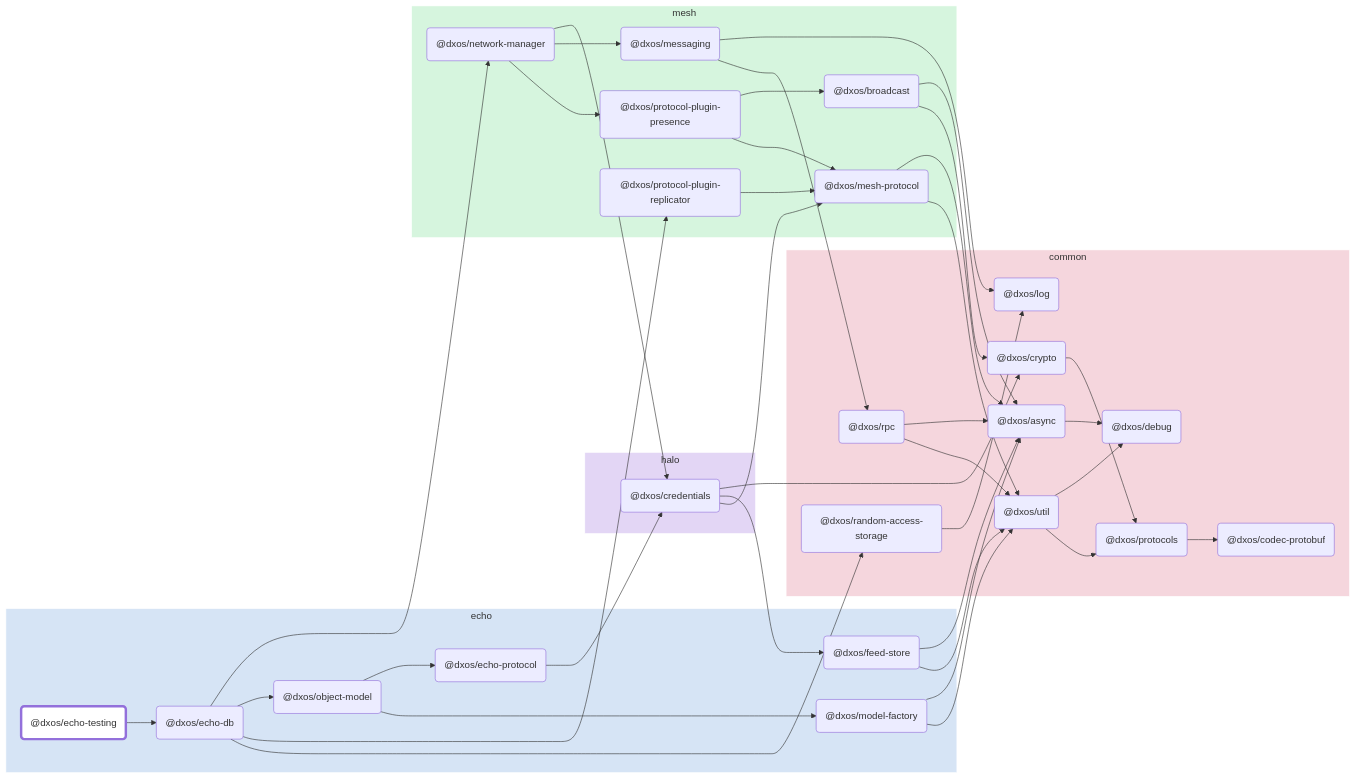
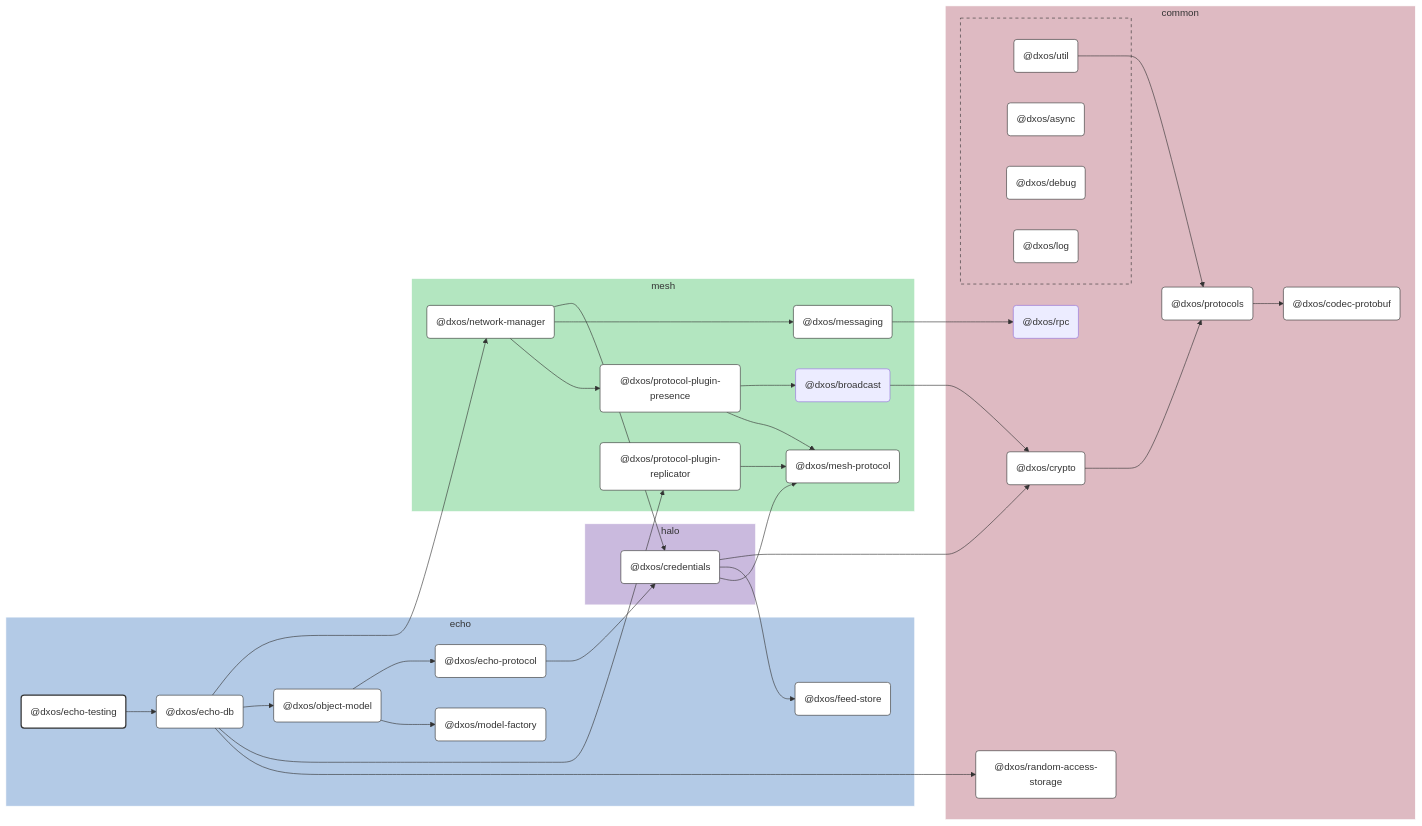
Before and after one commit to dxos/dxos: the diagram in packages/echo/echo-testing/docs/README.md, drawn with Mermaid. The commit also changed 100 other files, not shown here.

````diff
--- a/packages/echo/echo-testing/docs/README.md
+++ b/packages/echo/echo-testing/docs/README.md
@@ -7,99 +7,126 @@
 ```mermaid
-flowchart LR;
+%%{ init: {'flowchart':{'curve':'basis'}} }%%
 
-style dxos/echo-testing fill:#fff,stroke-width:4px;
+flowchart LR
 
-click dxos/echo-db "https:/github.com/dxos/dxos/tree/main/packages/echo/echo-db/docs";
-click dxos/log "https:/github.com/dxos/dxos/tree/main/packages/common/log/docs";
-click dxos/async "https:/github.com/dxos/dxos/tree/main/packages/common/async/docs";
-click dxos/codec-protobuf "https:/github.com/dxos/dxos/tree/main/packages/common/codec-protobuf/docs";
-click dxos/credentials "https:/github.com/dxos/dxos/tree/main/packages/halo/credentials/docs";
-click dxos/crypto "https:/github.com/dxos/dxos/tree/main/packages/common/crypto/docs";
-click dxos/debug "https:/github.com/dxos/dxos/tree/main/packages/common/debug/docs";
-click dxos/echo-protocol "https:/github.com/dxos/dxos/tree/main/packages/echo/echo-protocol/docs";
-click dxos/feed-store "https:/github.com/dxos/dxos/tree/main/packages/echo/feed-store/docs";
-click dxos/mesh-protocol "https:/github.com/dxos/dxos/tree/main/packages/mesh/mesh-protocol/docs";
-click dxos/messaging "https:/github.com/dxos/dxos/tree/main/packages/mesh/messaging/docs";
-click dxos/model-factory "https:/github.com/dxos/dxos/tree/main/packages/echo/model-factory/docs";
-click dxos/network-manager "https:/github.com/dxos/dxos/tree/main/packages/mesh/network-manager/docs";
-click dxos/object-model "https:/github.com/dxos/dxos/tree/main/packages/echo/object-model/docs";
-click dxos/protocol-plugin-presence "https:/github.com/dxos/dxos/tree/main/packages/mesh/protocol-plugin-presence/docs";
-click dxos/protocol-plugin-replicator "https:/github.com/dxos/dxos/tree/main/packages/mesh/protocol-plugin-replicator/docs";
-click dxos/protocols "https:/github.com/dxos/dxos/tree/main/packages/common/protocols/docs";
-click dxos/random-access-storage "https:/github.com/dxos/dxos/tree/main/packages/common/random-access-storage/docs";
-click dxos/util "https:/github.com/dxos/dxos/tree/main/packages/common/util/docs";
+%% Links
+dxos/broadcast --> dxos/crypto;
+dxos/credentials --> dxos/crypto;
+dxos/credentials --> dxos/feed-store;
+dxos/credentials --> dxos/mesh-protocol;
+dxos/crypto --> dxos/protocols;
+dxos/echo-db --> dxos/network-manager;
+dxos/echo-db --> dxos/object-model;
+dxos/echo-db --> dxos/protocol-plugin-replicator;
+dxos/echo-db --> dxos/random-access-storage;
+dxos/echo-protocol --> dxos/credentials;
+dxos/echo-testing --> dxos/echo-db;
+dxos/messaging --> dxos/rpc;
+dxos/network-manager --> dxos/credentials;
+dxos/network-manager --> dxos/messaging;
+dxos/network-manager --> dxos/protocol-plugin-presence;
+dxos/object-model --> dxos/echo-protocol;
+dxos/object-model --> dxos/model-factory;
+dxos/protocol-plugin-presence --> dxos/broadcast;
+dxos/protocol-plugin-presence --> dxos/mesh-protocol;
+dxos/protocol-plugin-replicator --> dxos/mesh-protocol;
+dxos/protocols --> dxos/codec-protobuf;
+dxos/util --> dxos/protocols;
 
+%% Sections
 subgraph echo
-  style echo fill:#d6e4f5,stroke:#fff;
-  dxos/echo-testing("@dxos/echo-testing");
-  dxos/echo-db("@dxos/echo-db");
-  dxos/feed-store("@dxos/feed-store");
-  dxos/echo-protocol("@dxos/echo-protocol");
-  dxos/model-factory("@dxos/model-factory");
-  dxos/object-model("@dxos/object-model");
+  style echo fill:#b3cae6,stroke:#fff;
+
+  dxos/echo-db("@dxos/echo-db")
+  dxos/echo-protocol("@dxos/echo-protocol")
+  dxos/echo-testing("@dxos/echo-testing")
+  dxos/feed-store("@dxos/feed-store")
+  dxos/model-factory("@dxos/model-factory")
+  dxos/object-model("@dxos/object-model")
 end
 
 subgraph common
-  style common fill:#f5d6dd,stroke:#fff;
-  dxos/log("@dxos/log");
-  dxos/async("@dxos/async");
-  dxos/debug("@dxos/debug");
-  dxos/codec-protobuf("@dxos/codec-protobuf");
-  dxos/crypto("@dxos/crypto");
-  dxos/protocols("@dxos/protocols");
-  dxos/util("@dxos/util");
-  dxos/rpc("@dxos/rpc");
-  dxos/random-access-storage("@dxos/random-access-storage");
+  style common fill:#debac2,stroke:#fff;
+
+  dxos/codec-protobuf("@dxos/codec-protobuf")
+  dxos/crypto("@dxos/crypto")
+  dxos/protocols("@dxos/protocols")
+  dxos/random-access-storage("@dxos/random-access-storage")
+  dxos/rpc("@dxos/rpc")
+
+  subgraph common-excluded [ ]
+    style common-excluded fill:#debac2,stroke:#333,stroke-dasharray:5 5;
+
+    dxos/async("@dxos/async")
+    dxos/debug("@dxos/debug")
+    dxos/log("@dxos/log")
+    dxos/util("@dxos/util")
+  end
 end
 
 subgraph halo
-  style halo fill:#e3d6f5,stroke:#fff;
-  dxos/credentials("@dxos/credentials");
+  style halo fill:#cabade,stroke:#fff;
+
+  dxos/credentials("@dxos/credentials")
 end
 
 subgraph mesh
-  style mesh fill:#d6f5de,stroke:#fff;
-  dxos/mesh-protocol("@dxos/mesh-protocol");
-  dxos/messaging("@dxos/messaging");
-  dxos/network-manager("@dxos/network-manager");
-  dxos/protocol-plugin-presence("@dxos/protocol-plugin-presence");
-  dxos/broadcast("@dxos/broadcast");
-  dxos/protocol-plugin-replicator("@dxos/protocol-plugin-replicator");
+  style mesh fill:#b3e6c0,stroke:#fff;
+
+  dxos/broadcast("@dxos/broadcast")
+  dxos/mesh-protocol("@dxos/mesh-protocol")
+  dxos/messaging("@dxos/messaging")
+  dxos/network-manager("@dxos/network-manager")
+  dxos/protocol-plugin-presence("@dxos/protocol-plugin-presence")
+  dxos/protocol-plugin-replicator("@dxos/protocol-plugin-replicator")
 end
 
-dxos/echo-testing --> dxos/echo-db;
-dxos/async --> dxos/debug;
-dxos/credentials --> dxos/crypto;
-dxos/crypto --> dxos/protocols;
-dxos/protocols --> dxos/codec-protobuf;
-dxos/credentials --> dxos/feed-store;
-dxos/feed-store --> dxos/async;
-dxos/feed-store --> dxos/util;
-dxos/util --> dxos/debug;
-dxos/util --> dxos/protocols;
-dxos/credentials --> dxos/mesh-protocol;
-dxos/mesh-protocol --> dxos/async;
-dxos/mesh-protocol --> dxos/util;
-dxos/echo-protocol --> dxos/credentials;
-dxos/messaging --> dxos/log;
-dxos/messaging --> dxos/rpc;
-dxos/rpc --> dxos/async;
-dxos/rpc --> dxos/util;
-dxos/model-factory --> dxos/async;
-dxos/model-factory --> dxos/util;
-dxos/echo-db --> dxos/network-manager;
-dxos/network-manager --> dxos/credentials;
-dxos/network-manager --> dxos/messaging;
-dxos/network-manager --> dxos/protocol-plugin-presence;
-dxos/protocol-plugin-presence --> dxos/broadcast;
-dxos/broadcast --> dxos/async;
-dxos/broadcast --> dxos/crypto;
-dxos/protocol-plugin-presence --> dxos/mesh-protocol;
-dxos/echo-db --> dxos/object-model;
-dxos/object-model --> dxos/echo-protocol;
-dxos/object-model --> dxos/model-factory;
-dxos/echo-db --> dxos/protocol-plugin-replicator;
-dxos/protocol-plugin-replicator --> dxos/mesh-protocol;
-dxos/echo-db --> dxos/random-access-storage;
-dxos/random-access-storage --> dxos/log;
+
+%% Hyperlinks
+click dxos/async href "https:/github.com/dxos/dxos/tree/main/packages/common/async/docs";
+click dxos/codec-protobuf href "https:/github.com/dxos/dxos/tree/main/packages/common/codec-protobuf/docs";
+click dxos/credentials href "https:/github.com/dxos/dxos/tree/main/packages/halo/credentials/docs";
+click dxos/crypto href "https:/github.com/dxos/dxos/tree/main/packages/common/crypto/docs";
+click dxos/debug href "https:/github.com/dxos/dxos/tree/main/packages/common/debug/docs";
+click dxos/echo-db href "https:/github.com/dxos/dxos/tree/main/packages/echo/echo-db/docs";
+click dxos/echo-protocol href "https:/github.com/dxos/dxos/tree/main/packages/echo/echo-protocol/docs";
+click dxos/feed-store href "https:/github.com/dxos/dxos/tree/main/packages/echo/feed-store/docs";
+click dxos/log href "https:/github.com/dxos/dxos/tree/main/packages/common/log/docs";
+click dxos/mesh-protocol href "https:/github.com/dxos/dxos/tree/main/packages/mesh/mesh-protocol/docs";
+click dxos/messaging href "https:/github.com/dxos/dxos/tree/main/packages/mesh/messaging/docs";
+click dxos/model-factory href "https:/github.com/dxos/dxos/tree/main/packages/echo/model-factory/docs";
+click dxos/network-manager href "https:/github.com/dxos/dxos/tree/main/packages/mesh/network-manager/docs";
+click dxos/object-model href "https:/github.com/dxos/dxos/tree/main/packages/echo/object-model/docs";
+click dxos/protocol-plugin-presence href "https:/github.com/dxos/dxos/tree/main/packages/mesh/protocol-plugin-presence/docs";
+click dxos/protocol-plugin-replicator href "https:/github.com/dxos/dxos/tree/main/packages/mesh/protocol-plugin-replicator/docs";
+click dxos/protocols href "https:/github.com/dxos/dxos/tree/main/packages/common/protocols/docs";
+click dxos/random-access-storage href "https:/github.com/dxos/dxos/tree/main/packages/common/random-access-storage/docs";
+click dxos/util href "https:/github.com/dxos/dxos/tree/main/packages/common/util/docs";
+
+%% Styles
+classDef rootNode fill:#fff,stroke:#333,stroke-width:2px
+classDef defaultNode fill:#fff,stroke:#333,stroke-width:1px
+linkStyle default stroke:#333,stroke-width:1px
+
+dxos/echo-testing:::rootNode
+
+dxos/async:::defaultNode
+dxos/codec-protobuf:::defaultNode
+dxos/credentials:::defaultNode
+dxos/crypto:::defaultNode
+dxos/debug:::defaultNode
+dxos/echo-db:::defaultNode
+dxos/echo-protocol:::defaultNode
+dxos/feed-store:::defaultNode
+dxos/log:::defaultNode
+dxos/mesh-protocol:::defaultNode
+dxos/messaging:::defaultNode
+dxos/model-factory:::defaultNode
+dxos/network-manager:::defaultNode
+dxos/object-model:::defaultNode
+dxos/protocol-plugin-presence:::defaultNode
+dxos/protocol-plugin-replicator:::defaultNode
+dxos/protocols:::defaultNode
+dxos/random-access-storage:::defaultNode
+dxos/util:::defaultNode
 ```
````
